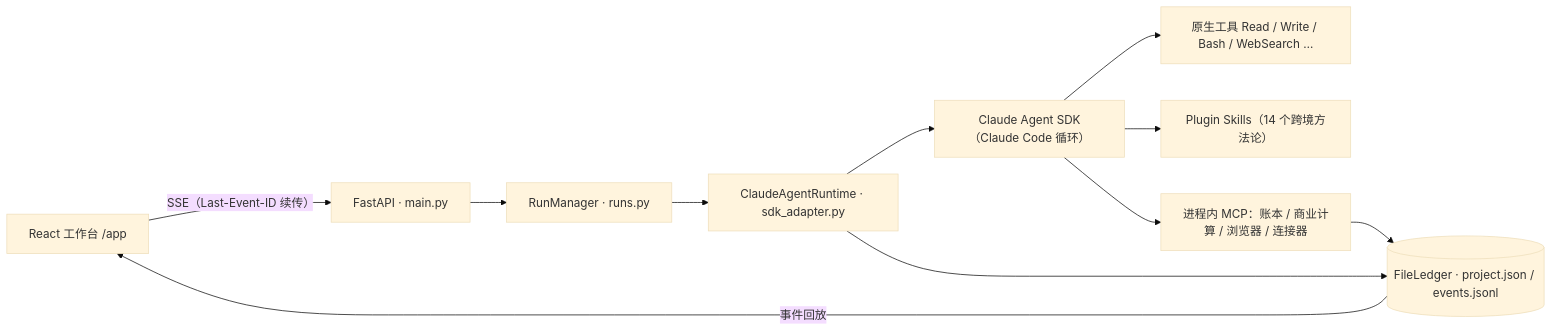
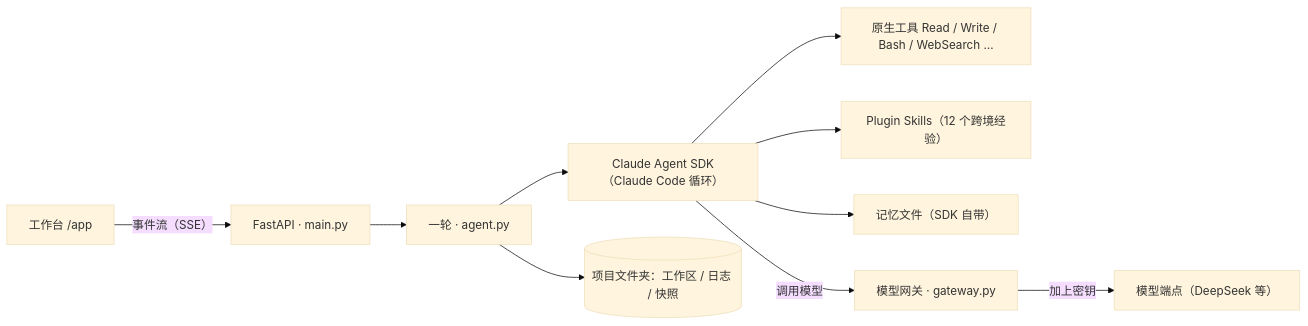
One commit to Janettbella69/Open-Acciowork changed the diagram in README.md. Above: the diagram before and after it, drawn with Mermaid (base theme). The commit also changed other lines of this file and 930 other files, not shown here.

````diff
--- a/README.md
+++ b/README.md
@@ -34,13 +31,12 @@
 ```mermaid
 flowchart LR
-  UI["React 工作台 /app"] -- "SSE（Last-Event-ID 续传）" --> API["FastAPI · main.py"]
-  API --> RM["RunManager · runs.py"]
-  RM --> RT["ClaudeAgentRuntime · sdk_adapter.py"]
-  RT --> SDK["Claude Agent SDK（Claude Code 循环）"]
+  UI["工作台 /app"] -- "事件流（SSE）" --> API["FastAPI · main.py"]
+  API --> AR["一轮 · agent.py"]
+  AR --> SDK["Claude Agent SDK（Claude Code 循环）"]
   SDK --> T["原生工具 Read / Write / Bash / WebSearch …"]
-  SDK --> SK["Plugin Skills（14 个跨境方法论）"]
-  SDK --> MCP["进程内 MCP：账本 / 商业计算 / 浏览器 / 连接器"]
-  MCP --> L[("FileLedger · project.json / events.jsonl")]
-  RT --> L
-  L -- "事件回放" --> UI
+  SDK --> SK["Plugin Skills（12 个跨境经验）"]
+  SDK --> MEM["记忆文件（SDK 自带）"]
+  SDK -- "调用模型" --> GW["模型网关 · gateway.py"]
+  GW -- "加上密钥" --> M["模型端点（DeepSeek 等）"]
+  AR --> FS[("项目文件夹：工作区 / 日志 / 快照")]
 ```
````
